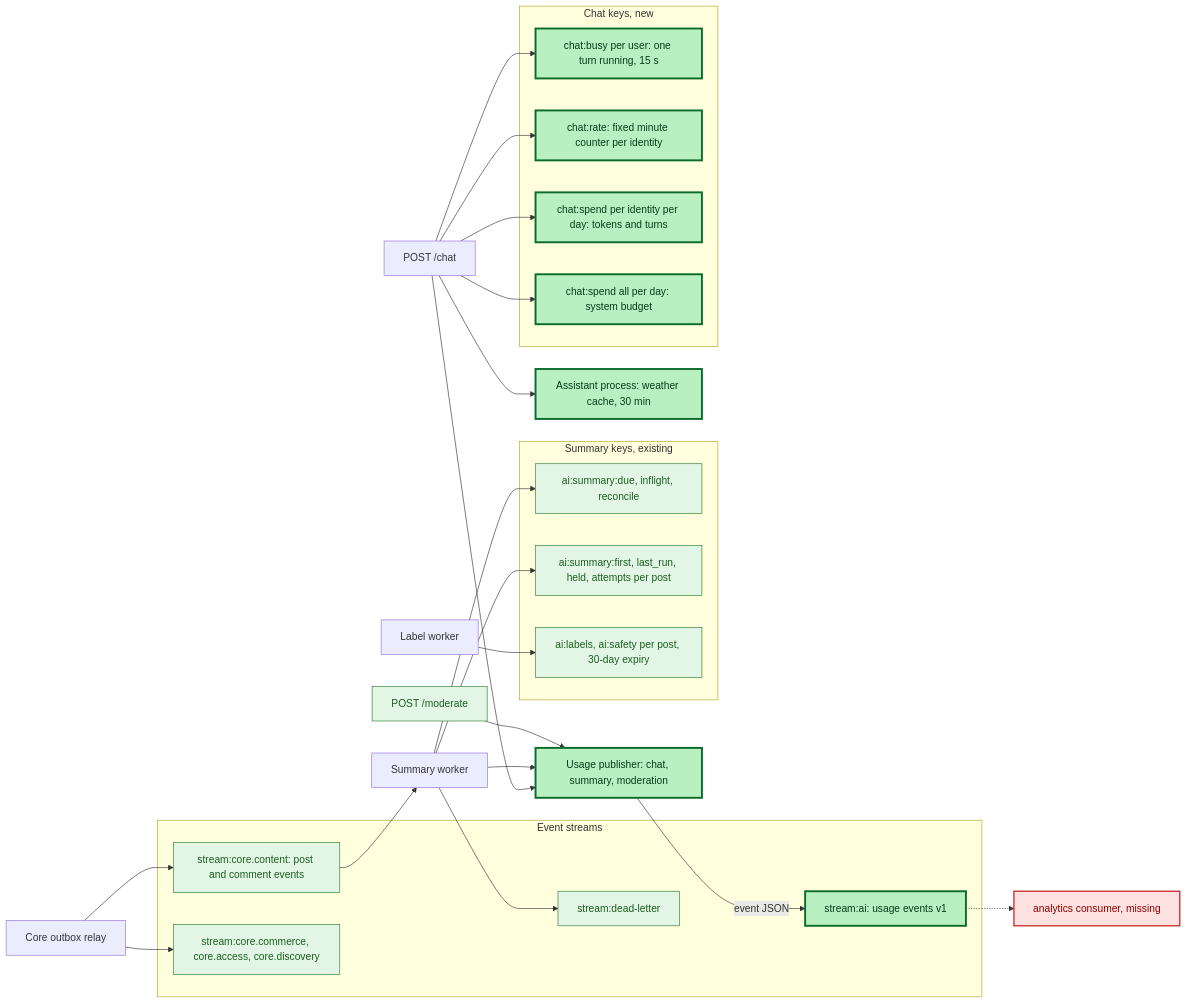
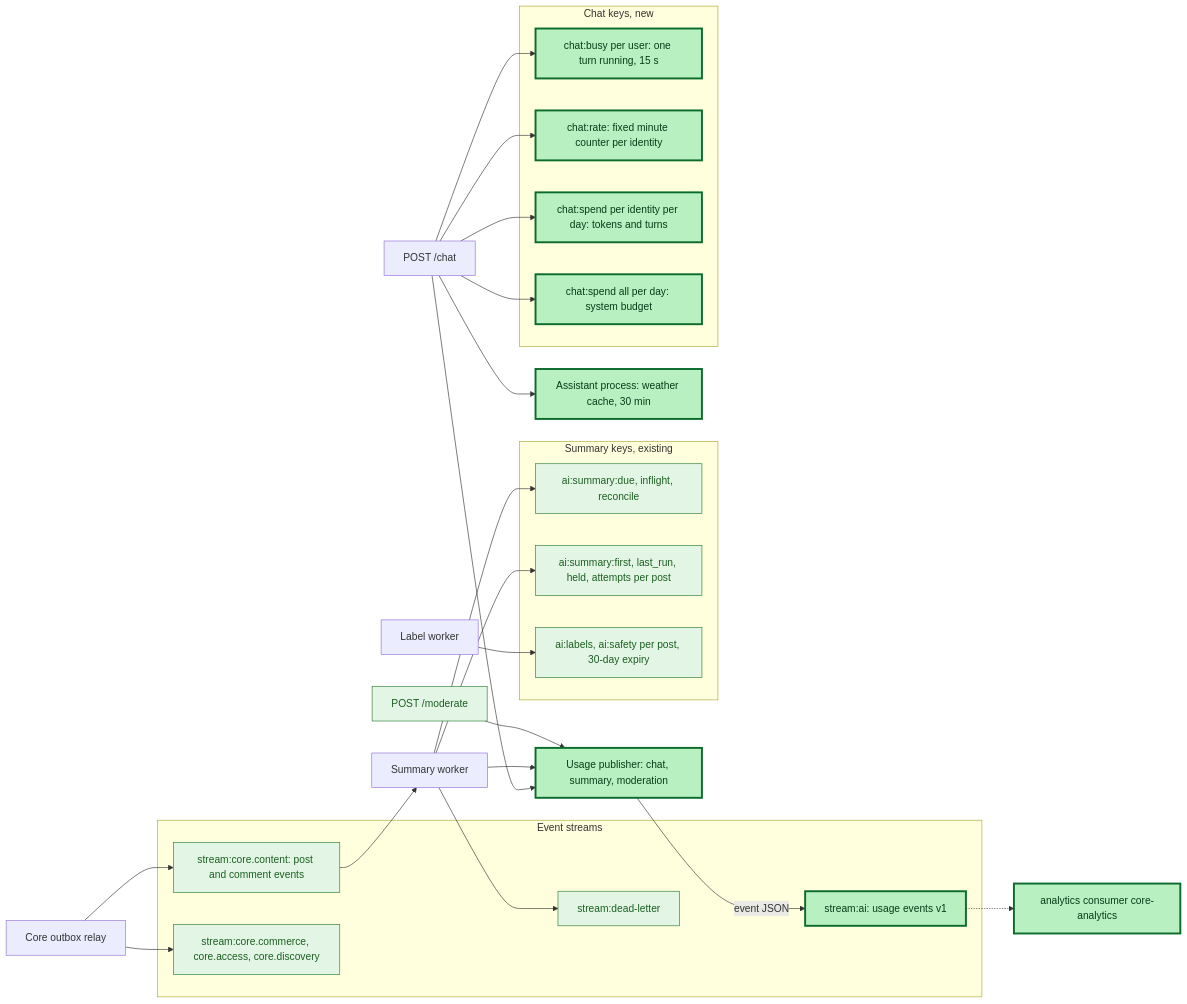
The fourth of 5 diagrams in docs/architecture/tripi-agent-kien-truc-chi-tiet.md (Sukemcute/tripflix-ai), drawn with Mermaid before and after one commit. The commit also changed other lines of this file and 3 other files, not shown here.

First line of the commit message:
docs(architecture): kiến trúc Tripi v1.0 sau Giai đoạn A và B

````diff
--- a/docs/architecture/tripi-agent-kien-truc-chi-tiet.md
+++ b/docs/architecture/tripi-agent-kien-truc-chi-tiet.md
@@ -343,48 +347,48 @@
 ```mermaid
 flowchart LR
 classDef built fill:#b9f0c2,stroke:#0b6b2b,color:#053d17,stroke-width:3px
 classDef partbuilt fill:#e4f7d2,stroke:#0b6b2b,color:#053d17,stroke-width:2px,stroke-dasharray:4 2
 classDef exists fill:#e3f6e5,stroke:#2e7d32,color:#1b5e20
 classDef missing fill:#fde2e1,stroke:#c62828,color:#8e0000,stroke-width:2px
 
 subgraph STR["Event streams"]
   ST_CON["stream:core.content: post and comment events"]:::exists
   ST_OTH["stream:core.commerce, core.access, core.discovery"]:::exists
   ST_DLQ["stream:dead-letter"]:::exists
   ST_USE["stream:ai: usage events v1"]:::built
 end
 
 subgraph SUMK["Summary keys, existing"]
   K1["ai:summary:due, inflight, reconcile"]:::exists
   K2["ai:summary:first, last_run, held, attempts per post"]:::exists
   K3["ai:labels, ai:safety per post, 30-day expiry"]:::exists
 end
 
 subgraph CHK["Chat keys, new"]
   C1["chat:busy per user: one turn running, 15 s"]:::built
   C2["chat:rate: fixed minute counter per identity"]:::built
   C3["chat:spend per identity per day: tokens and turns"]:::built
   C4["chat:spend all per day: system budget"]:::built
   end
 
 C5["Assistant process: weather cache, 30 min"]:::built
 P_USE["Usage publisher: chat, summary, moderation"]:::built
 
 OUTBOX["Core outbox relay"] --> ST_CON
 OUTBOX --> ST_OTH
 ST_CON --> SW["Summary worker"]
 SW --> K1
 SW --> K2
 LW["Label worker"] --> K3
 SW --> ST_DLQ
 CHATS["POST /chat"] --> C1
 CHATS --> C2
 CHATS --> C3
 CHATS --> C4
 CHATS --> C5
 CHATS --> P_USE
 SW --> P_USE
 MODERATION["POST /moderate"]:::exists --> P_USE
 P_USE -->|"event JSON"| ST_USE
-ST_USE -.-> ANA["analytics consumer, missing"]:::missing
+ST_USE -.-> ANA["analytics consumer core-analytics"]:::built
 ```
````
